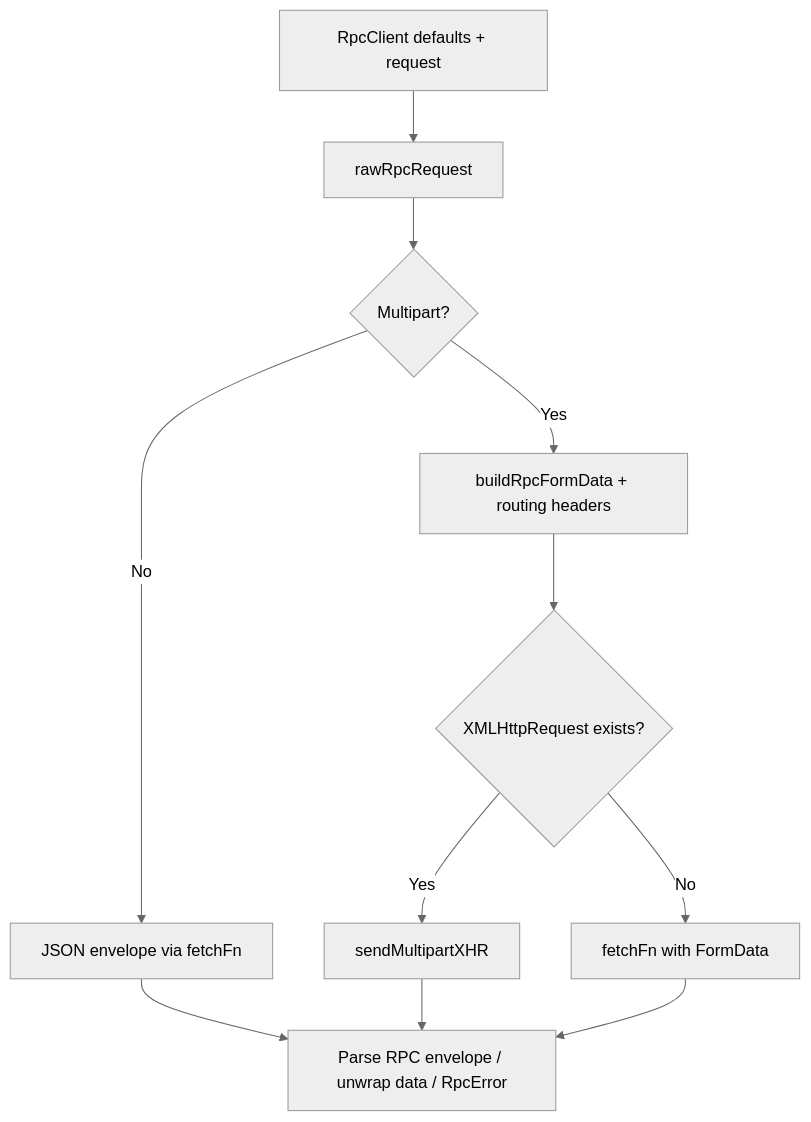
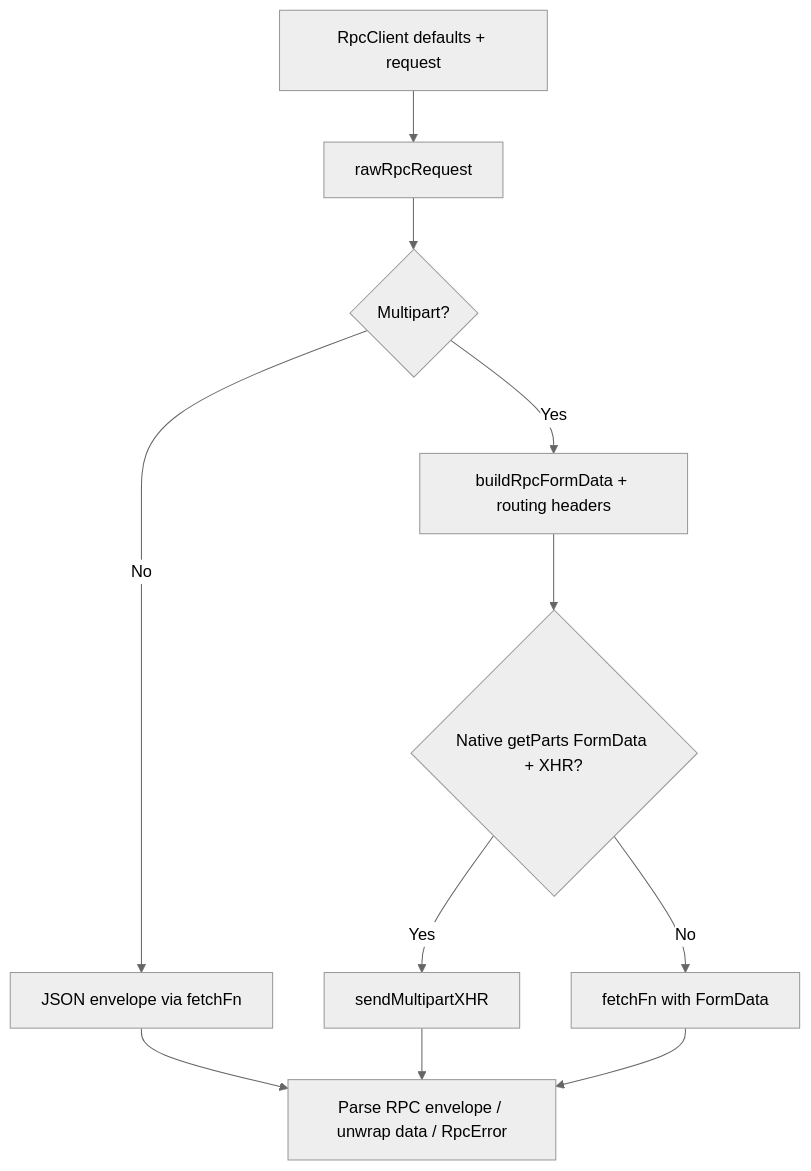
The first of 2 diagrams in docs/internals/client-workers.md (CellsWeb/crpc-node), drawn with Mermaid (neutral theme) before and after one commit. The commit also changed other lines of this file and 4 other files, not shown here.

````diff
--- a/docs/internals/client-workers.md
+++ b/docs/internals/client-workers.md
@@ -20,13 +20,13 @@
 ```mermaid
 flowchart TD
   C["RpcClient defaults + request"] --> R["rawRpcRequest"]
   R --> K{"Multipart?"}
   K -->|No| J["JSON envelope via fetchFn"]
   K -->|Yes| F["buildRpcFormData + routing headers"]
-  F --> X{"XMLHttpRequest exists?"}
+  F --> X{"Native getParts FormData + XHR?"}
   X -->|Yes| H["sendMultipartXHR"]
   X -->|No| W["fetchFn with FormData"]
   J --> P["Parse RPC envelope / unwrap data / RpcError"]
   H --> P
   W --> P
 ```
````
